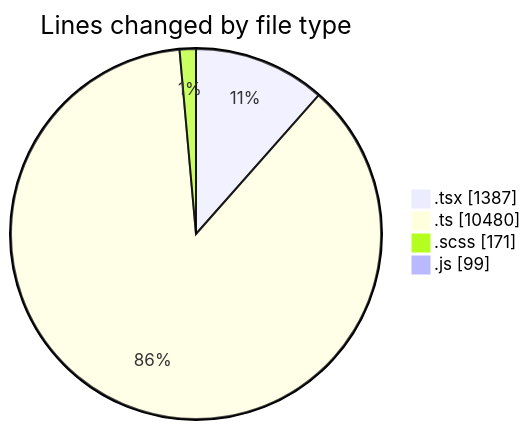
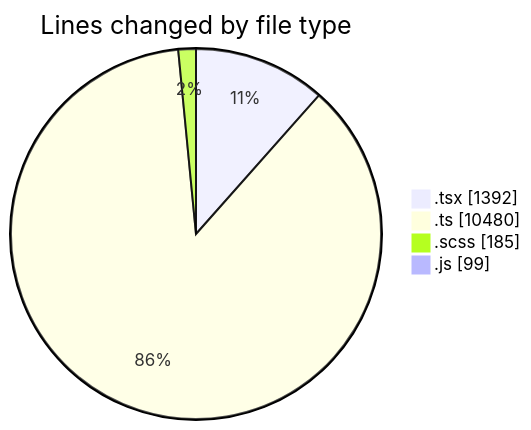
The first of 2 diagrams in 2025-03-26/cda/README.md (momahboobian/code-tracking), drawn with Mermaid before and after one commit. The commit also changed other lines of this file and 1 other file, not shown here.

````diff
--- a/2025-03-26/cda/README.md
+++ b/2025-03-26/cda/README.md
@@ -43,8 +43,8 @@
 ```mermaid
 pie showData
 title Lines changed by file type
-".tsx" : 1387
+".tsx" : 1392
 ".ts" : 10480
-".scss" : 171
+".scss" : 185
 ".js" : 99
 ```
````
